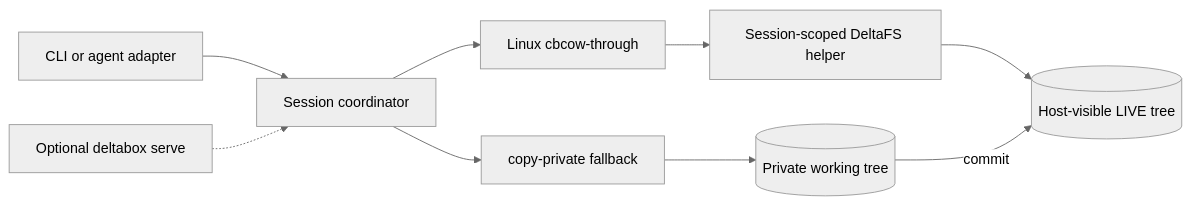
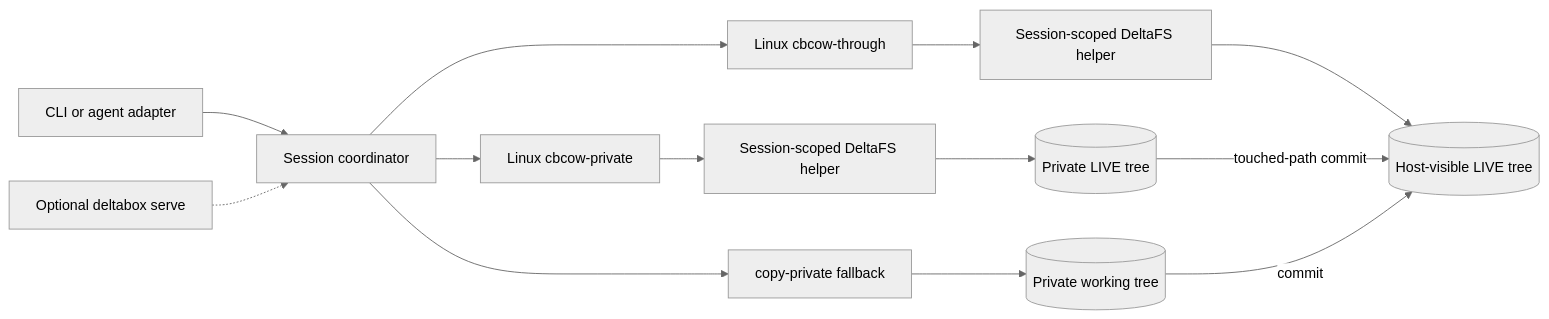
The diagram in README.md (delta-box/deltabox-lite), drawn with Mermaid (neutral theme) before and after one commit. The commit also changed other lines of this file and 18 other files, not shown here.

````diff
--- a/README.md
+++ b/README.md
@@ -56,11 +58,15 @@
 ```mermaid
 flowchart LR
     A[CLI or agent adapter] --> C[Session coordinator]
     C --> T[Linux cbcow-through]
     T --> H[Session-scoped DeltaFS helper]
     H --> P[(Host-visible LIVE tree)]
+    C --> V[Linux cbcow-private]
+    V --> F[Session-scoped DeltaFS helper]
+    F --> L[(Private LIVE tree)]
+    L -->|touched-path commit| P
     C --> R[copy-private fallback]
     R --> S[(Private working tree)]
     S -->|commit| P
     O[Optional deltabox serve] -.-> C
 ```
````
